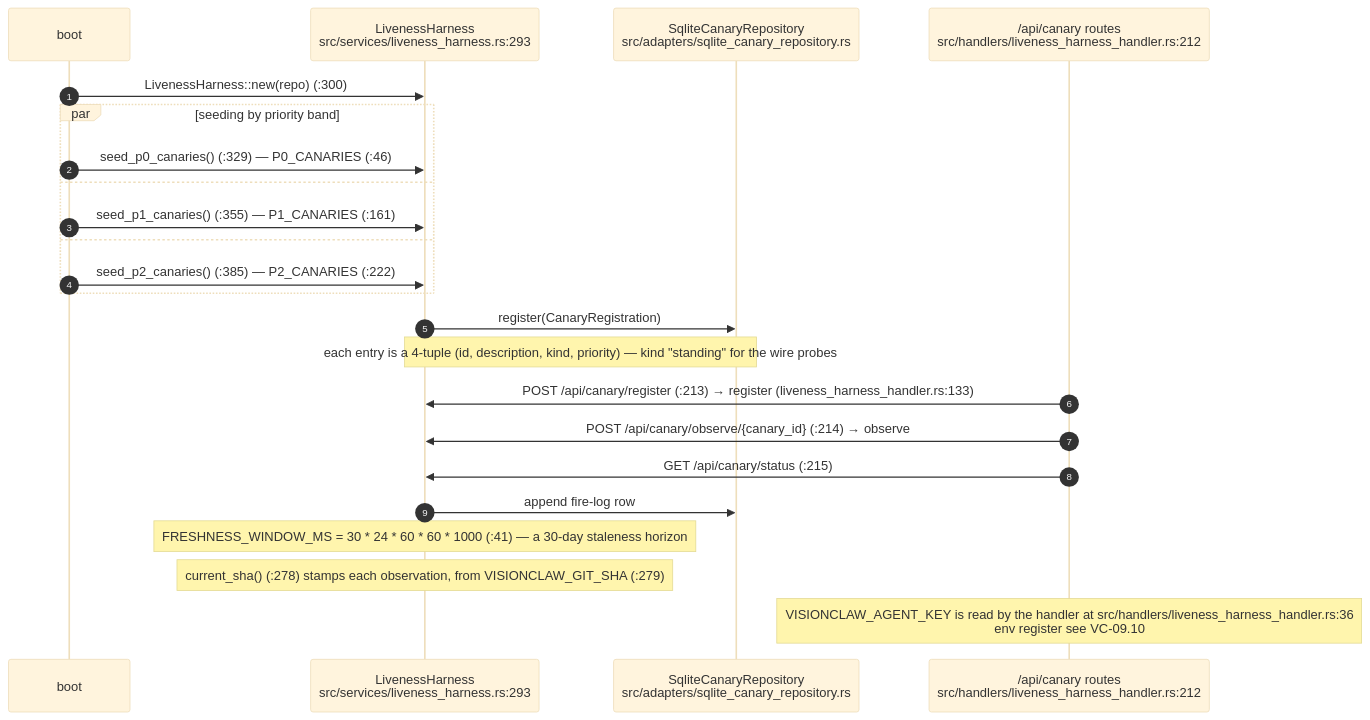
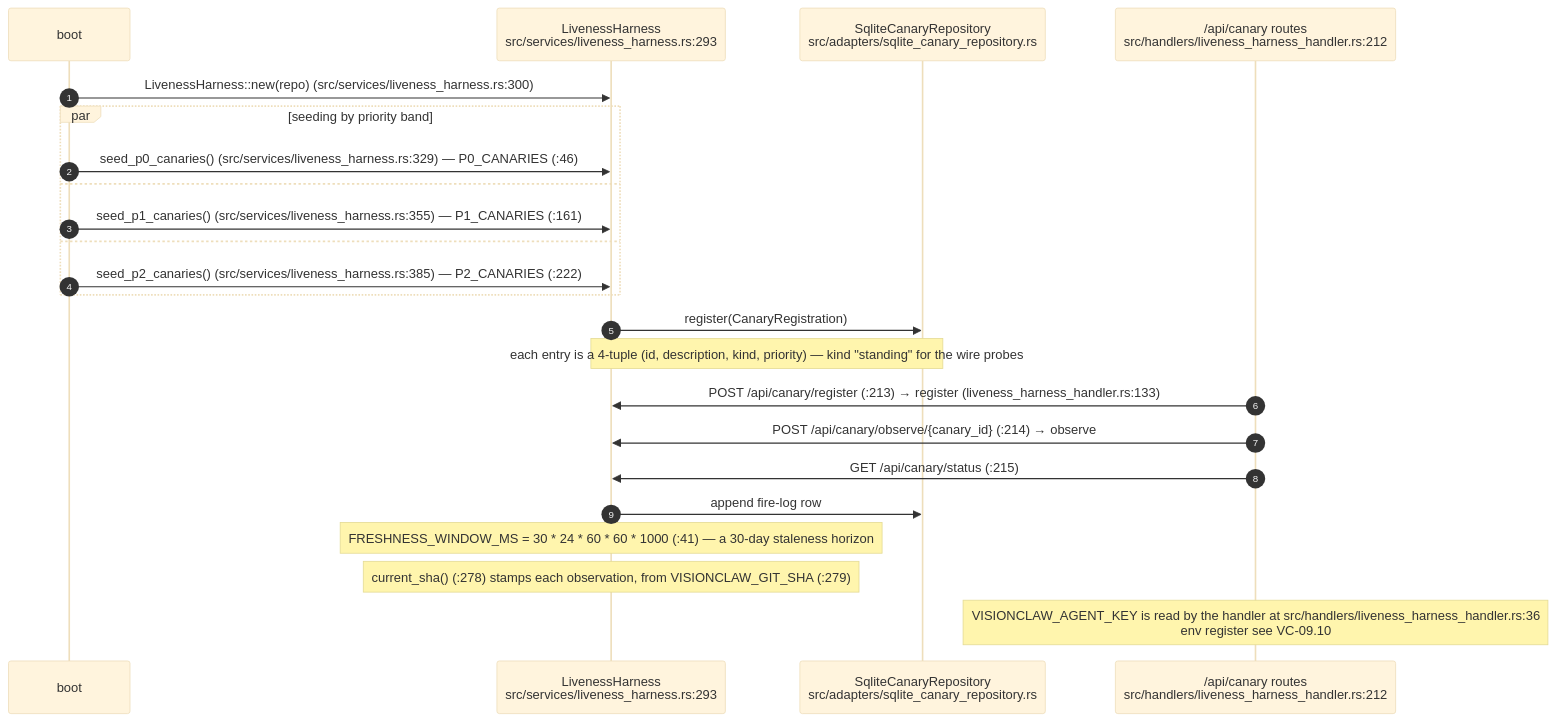
One commit to DreamLab-AI/VisionFlow changed the third of 12 diagrams in docs/diagrams/visionclaw/08-observability-health-and-dev-loop.md. Above: the diagram before and after it, drawn with Mermaid (base theme). The commit also changed other lines of this file and 32 other files, not shown here.

````diff
--- a/docs/diagrams/visionclaw/08-observability-health-and-dev-loop.md
+++ b/docs/diagrams/visionclaw/08-observability-health-and-dev-loop.md
@@ -104,26 +105,26 @@
 ```mermaid
 sequenceDiagram
     autonumber
     participant B as boot
     participant LH as LivenessHarness<br/>src/services/liveness_harness.rs:293
     participant DB as SqliteCanaryRepository<br/>src/adapters/sqlite_canary_repository.rs
     participant API as /api/canary routes<br/>src/handlers/liveness_harness_handler.rs:212
 
-    B->>LH: LivenessHarness::new(repo) (:300)
+    B->>LH: LivenessHarness::new(repo) (src/services/liveness_harness.rs:300)
     par seeding by priority band
-        B->>LH: seed_p0_canaries() (:329) — P0_CANARIES (:46)
+        B->>LH: seed_p0_canaries() (src/services/liveness_harness.rs:329) — P0_CANARIES (:46)
     and
-        B->>LH: seed_p1_canaries() (:355) — P1_CANARIES (:161)
+        B->>LH: seed_p1_canaries() (src/services/liveness_harness.rs:355) — P1_CANARIES (:161)
     and
-        B->>LH: seed_p2_canaries() (:385) — P2_CANARIES (:222)
+        B->>LH: seed_p2_canaries() (src/services/liveness_harness.rs:385) — P2_CANARIES (:222)
     end
     LH->>DB: register(CanaryRegistration)
     Note over LH,DB: each entry is a 4-tuple (id, description, kind, priority) — kind "standing" for the wire probes
     API->>LH: POST /api/canary/register (:213) → register (liveness_harness_handler.rs:133)
     API->>LH: POST /api/canary/observe/{canary_id} (:214) → observe
     API->>LH: GET /api/canary/status (:215)
     LH->>DB: append fire-log row
     Note over LH: FRESHNESS_WINDOW_MS = 30 * 24 * 60 * 60 * 1000 (:41) — a 30-day staleness horizon
     Note over LH: current_sha() (:278) stamps each observation, from VISIONCLAW_GIT_SHA (:279)
     Note over API: VISIONCLAW_AGENT_KEY is read by the handler at src/handlers/liveness_harness_handler.rs:36<br/>env register see VC-09.10
 ```
````
